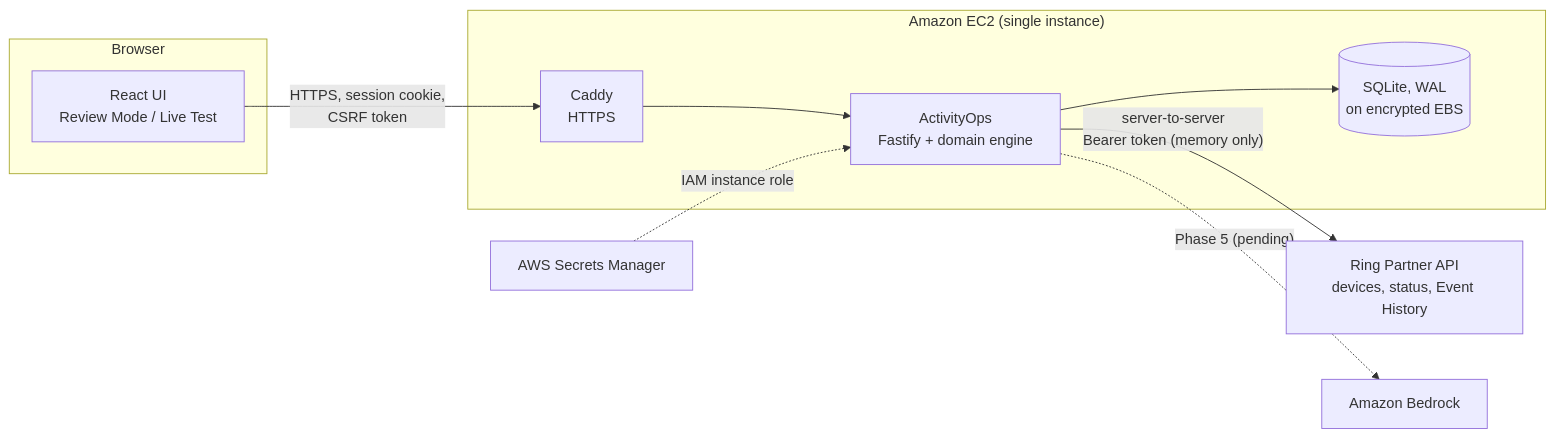
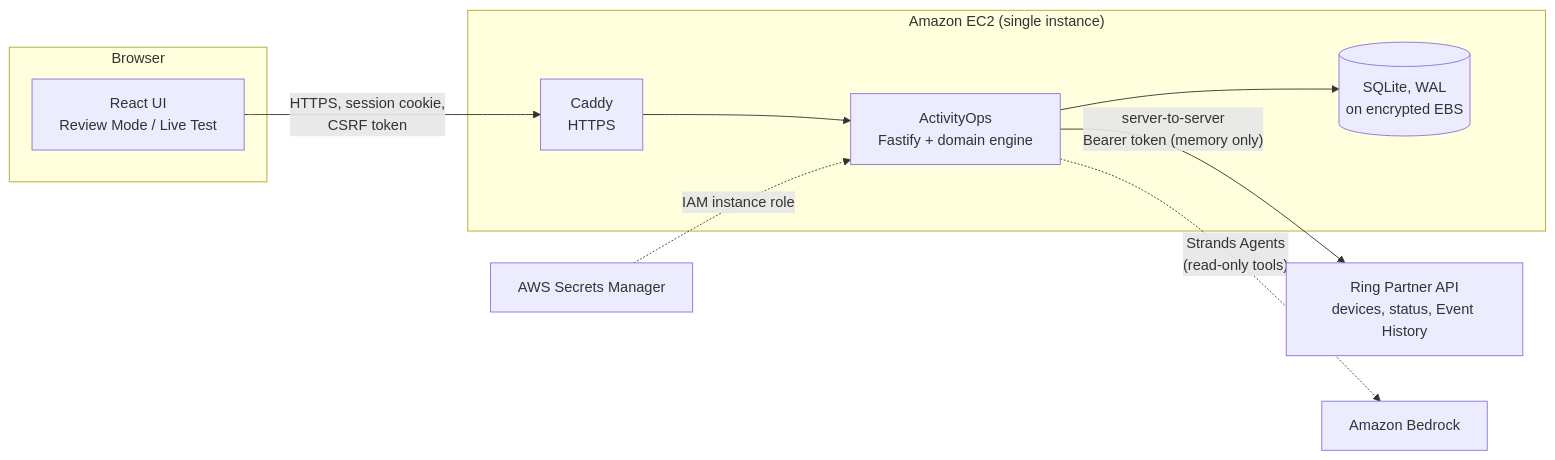
Before and after one commit to MadhusudhanM23/activityops: the diagram in README.md, drawn with Mermaid. The commit also changed other lines of this file and 23 other files, not shown here.

````diff
--- a/README.md
+++ b/README.md
@@ -79,14 +79,14 @@
 ```mermaid
 flowchart LR
   subgraph Browser
     UI[React UI<br/>Review Mode / Live Test]
   end
   subgraph EC2["Amazon EC2 (single instance)"]
     Caddy[Caddy<br/>HTTPS] --> App[ActivityOps<br/>Fastify + domain engine]
     App --> DB[(SQLite, WAL<br/>on encrypted EBS)]
   end
   UI -- "HTTPS, session cookie,<br/>CSRF token" --> Caddy
   App -- "server-to-server<br/>Bearer token (memory only)" --> Ring[Ring Partner API<br/>devices, status, Event History]
-  App -. "Phase 5 (pending)" .-> Bedrock[Amazon Bedrock]
+  App -. "Strands Agents<br/>(read-only tools)" .-> Bedrock[Amazon Bedrock]
   SM[AWS Secrets Manager] -. "IAM instance role" .-> App
 ```
````
